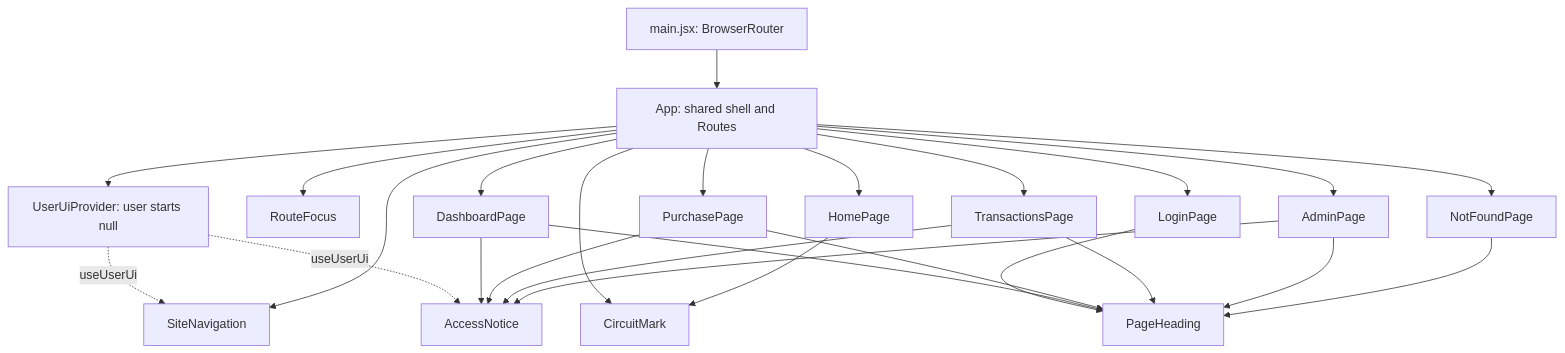
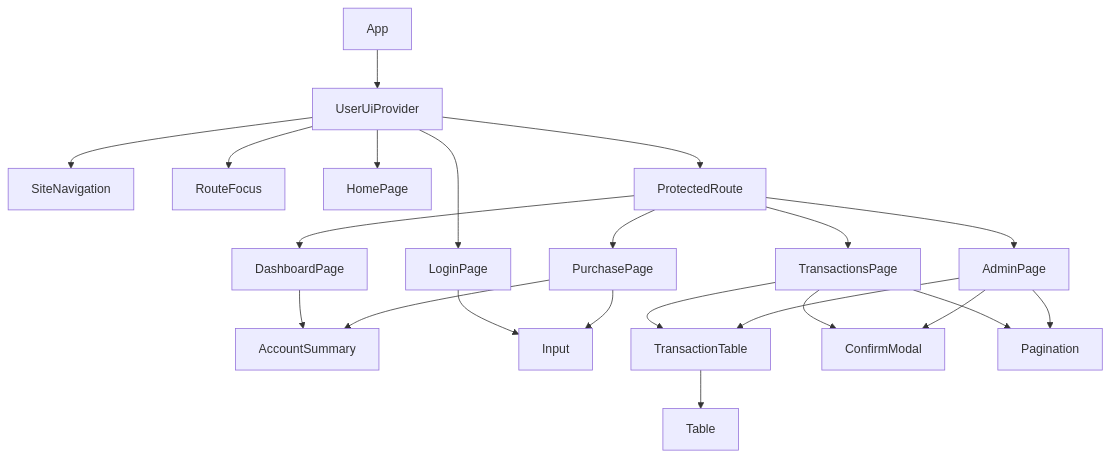
The diagram in outputs/02_Architecture/04_React_Component_Diagram.md (marvensj7/card-transaction-simulator), drawn with Mermaid before and after one commit. The commit also changed other lines of this file and 11 other files, not shown here.

````diff
--- a/outputs/02_Architecture/04_React_Component_Diagram.md
+++ b/outputs/02_Architecture/04_React_Component_Diagram.md
@@ -7,28 +3,24 @@
 ```mermaid
 flowchart TD
-    MAIN[main.jsx: BrowserRouter] --> APP[App: shared shell and Routes]
-    APP --> USER[UserUiProvider: user starts null]
-    USER -. useUserUi .-> NAV
-    USER -. useUserUi .-> ACCESS
-    APP --> NAV[SiteNavigation]
-    APP --> FOCUS[RouteFocus]
-    APP --> HOME[HomePage]
-    APP --> LOGIN[LoginPage]
-    APP --> DASH[DashboardPage]
-    APP --> PURCHASE[PurchasePage]
-    APP --> HISTORY[TransactionsPage]
-    APP --> ADMIN[AdminPage]
-    APP --> MISSING[NotFoundPage]
-    DASH --> ACCESS[AccessNotice]
-    PURCHASE --> ACCESS
-    HISTORY --> ACCESS
-    ADMIN --> ACCESS
-    LOGIN --> HEADING[PageHeading]
-    DASH --> HEADING
-    PURCHASE --> HEADING
-    HISTORY --> HEADING
-    ADMIN --> HEADING
-    MISSING --> HEADING
-    APP --> MARK[CircuitMark]
-    HOME --> MARK
+    App --> UserUiProvider
+    UserUiProvider --> SiteNavigation
+    UserUiProvider --> RouteFocus
+    UserUiProvider --> HomePage
+    UserUiProvider --> LoginPage
+    UserUiProvider --> ProtectedRoute
+    ProtectedRoute --> DashboardPage
+    ProtectedRoute --> PurchasePage
+    ProtectedRoute --> TransactionsPage
+    ProtectedRoute --> AdminPage
+    DashboardPage --> AccountSummary
+    PurchasePage --> AccountSummary
+    LoginPage --> Input
+    PurchasePage --> Input
+    TransactionsPage --> TransactionTable
+    AdminPage --> TransactionTable
+    TransactionTable --> Table
+    TransactionsPage --> ConfirmModal
+    AdminPage --> ConfirmModal
+    TransactionsPage --> Pagination
+    AdminPage --> Pagination
 ```
````
